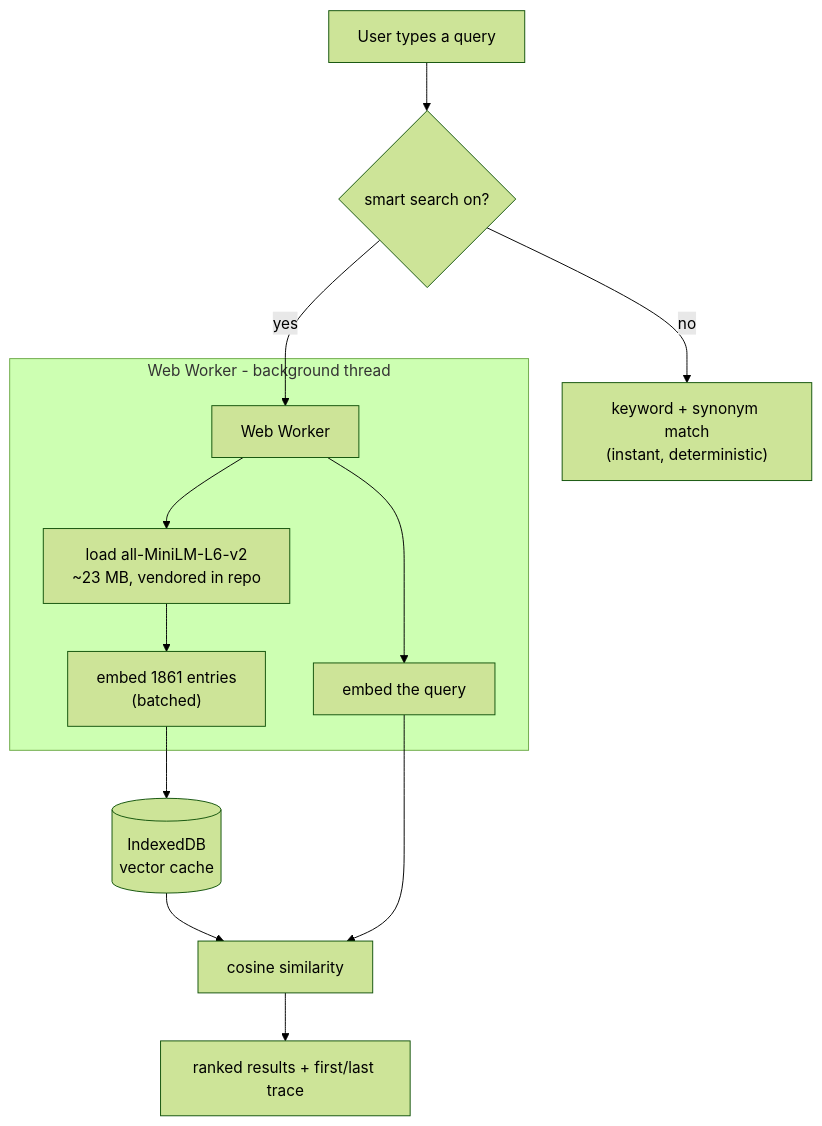
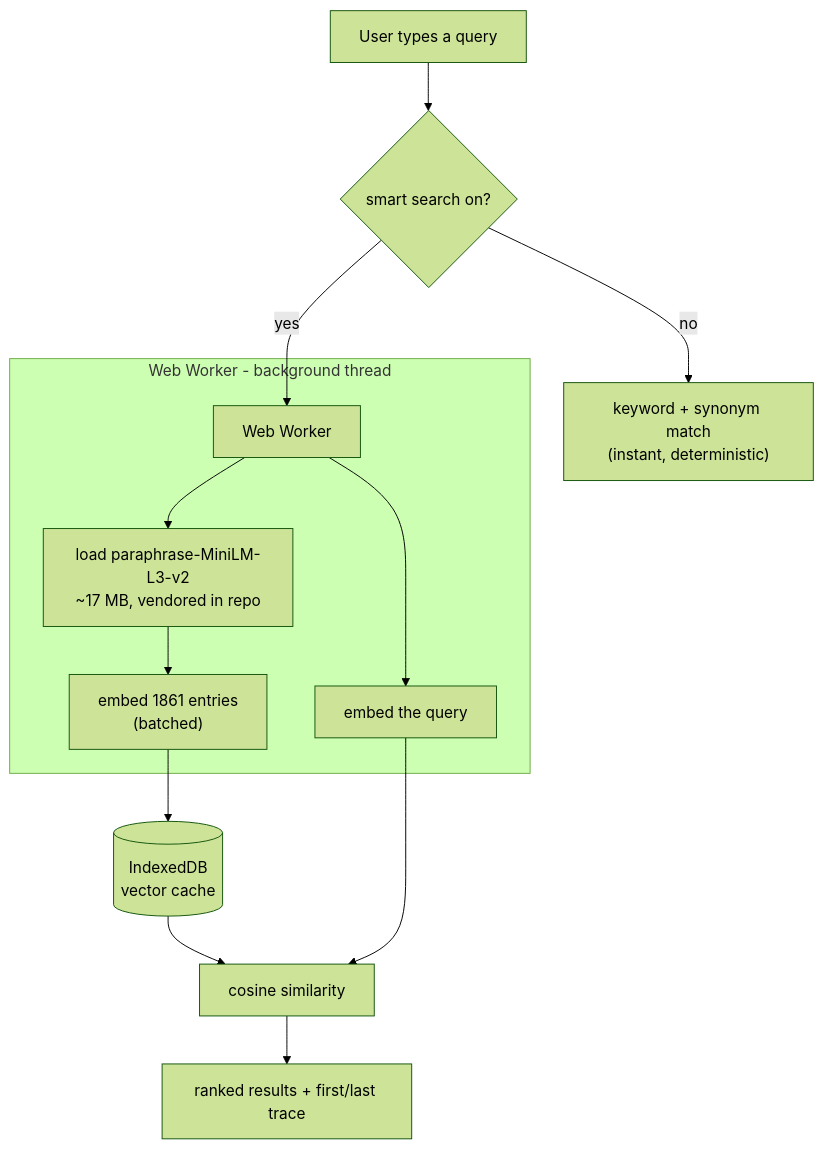
Before and after one commit to The-Nibble/dig: the diagram in README.md, drawn with Mermaid (forest theme). The commit also changed other lines of this file and 13 other files, not shown here.

````diff
--- a/README.md
+++ b/README.md
@@ -96,15 +96,15 @@
 ```mermaid
 flowchart TD
   Q[User types a query] --> M{smart search on?}
   M -- no --> K["keyword + synonym match<br/>(instant, deterministic)"]
   M -- yes --> W[Web Worker]
   subgraph bg [Web Worker - background thread]
-    W --> L["load all-MiniLM-L6-v2<br/>~23 MB, vendored in repo"]
+    W --> L["load paraphrase-MiniLM-L3-v2<br/>~17 MB, vendored in repo"]
     L --> E["embed 1861 entries<br/>(batched)"]
     W --> QE[embed the query]
   end
   E --> CACHE[(IndexedDB<br/>vector cache)]
   CACHE --> S[cosine similarity]
   QE --> S
   S --> R[ranked results + first/last trace]
 ```
````
